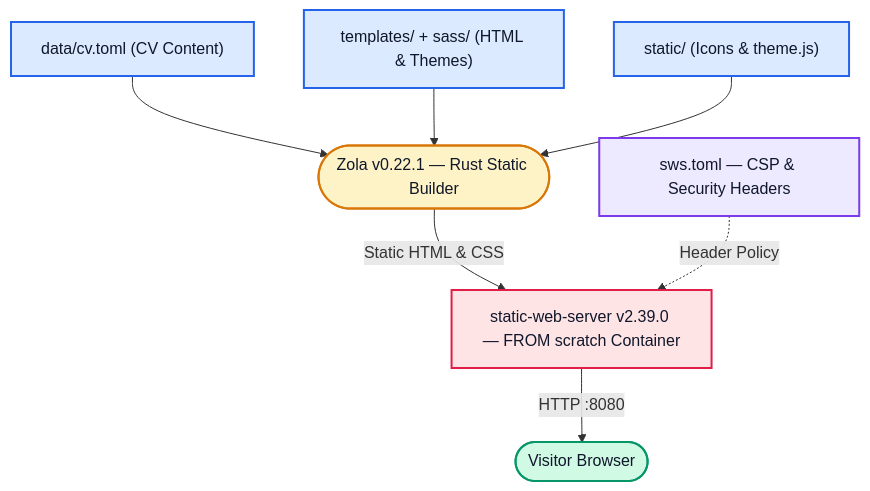
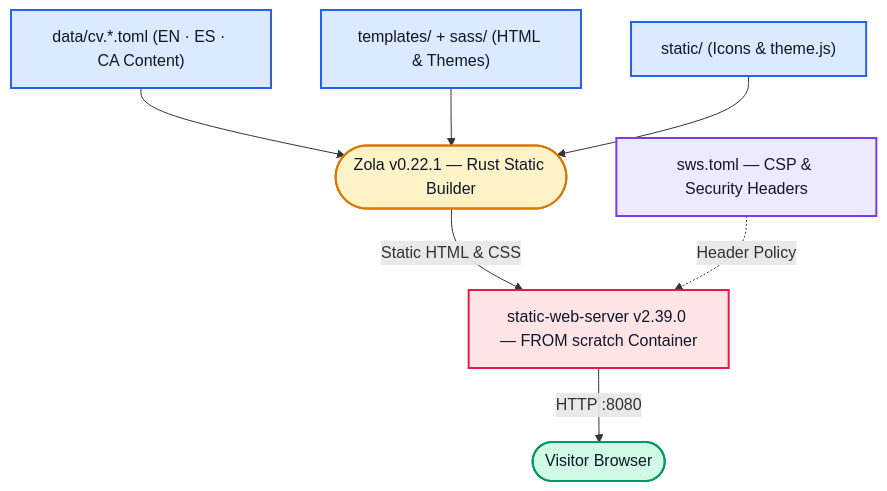
One commit to dbelmo/personal-website changed the diagram in README.md. Above: the diagram before and after it, drawn with Mermaid. The commit also changed other lines of this file and 12 other files, not shown here.

````diff
--- a/README.md
+++ b/README.md
@@ -7,32 +7,32 @@
 ```mermaid
 flowchart TD
-    CV["data/cv.toml (CV Content)"]
+    CV["data/cv.*.toml (EN · ES · CA Content)"]
     UI["templates/ + sass/ (HTML & Themes)"]
     Assets["static/ (Icons & theme.js)"]
 
     Zola(["Zola v0.22.1 — Rust Static Builder"])
     Headers["sws.toml — CSP & Security Headers"]
 
     Server["static-web-server v2.39.0 — FROM scratch Container"]
     Browser(["Visitor Browser"])
 
     CV --> Zola
     UI --> Zola
     Assets --> Zola
 
     Zola -->|"Static HTML & CSS"| Server
     Headers -.->|"Header Policy"| Server
     Server -->|"HTTP :8080"| Browser
 
     classDef source fill:#dbeafe,stroke:#2563eb,stroke-width:2px,color:#0f172a
     classDef build fill:#fef3c7,stroke:#d97706,stroke-width:2px,color:#0f172a
     classDef config fill:#ede9fe,stroke:#7c3aed,stroke-width:2px,color:#0f172a
     classDef runtime fill:#ffe4e6,stroke:#e11d48,stroke-width:2px,color:#0f172a
     classDef client fill:#d1fae5,stroke:#059669,stroke-width:2px,color:#0f172a
 
     class CV,UI,Assets source
     class Zola build
     class Headers config
     class Server runtime
     class Browser client
 ```
````
